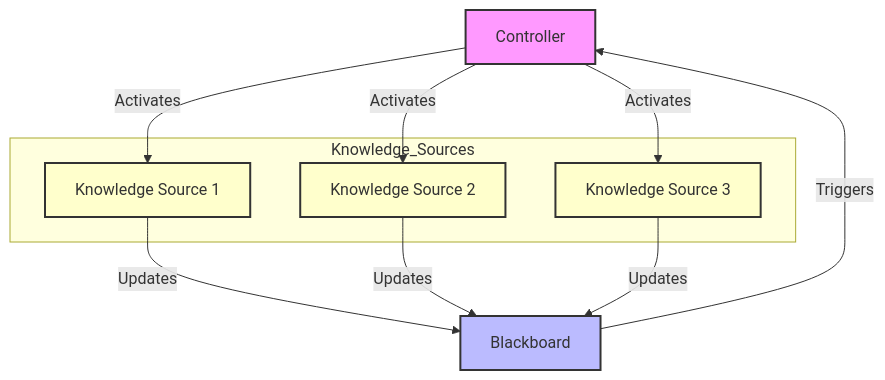
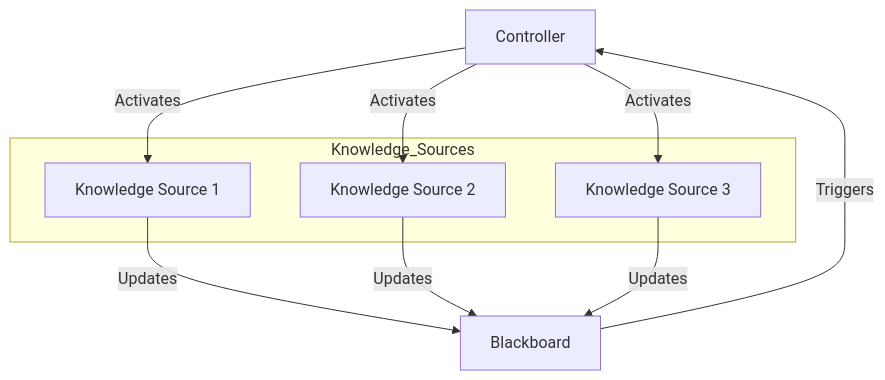
Before and after one commit to bmeurant/technical-docs: the diagram in software-architecture/architectural-patterns/blackboard.md, drawn with Mermaid. The commit also changed 9 other files, not shown here.

Commit message:
docs(software-architecture): Simplifies mermaid diagrams

````diff
--- a/software-architecture/architectural-patterns/blackboard.md
+++ b/software-architecture/architectural-patterns/blackboard.md
@@ -16,26 +16,20 @@
 ```mermaid
 graph TD
     C[Controller]
 
     B[Blackboard]
 
     subgraph Knowledge_Sources
         KS1[Knowledge Source 1]
         KS2[Knowledge Source 2]
         KS3[Knowledge Source 3]
     end
 
     KS1 -- "Updates" --> B
     KS2 -- "Updates" --> B
     KS3 -- "Updates" --> B
     B -- "Triggers" --> C
     C -- "Activates" --> KS1
     C -- "Activates" --> KS2
     C -- "Activates" --> KS3
-
-    style C fill:#f9f,stroke:#333,stroke-width:2px
-    style B fill:#bbf,stroke:#333,stroke-width:2px
-    style KS1 fill:#ffc,stroke:#333,stroke-width:2px
-    style KS2 fill:#ffc,stroke:#333,stroke-width:2px
-    style KS3 fill:#ffc,stroke:#333,stroke-width:2px
 ```
````
